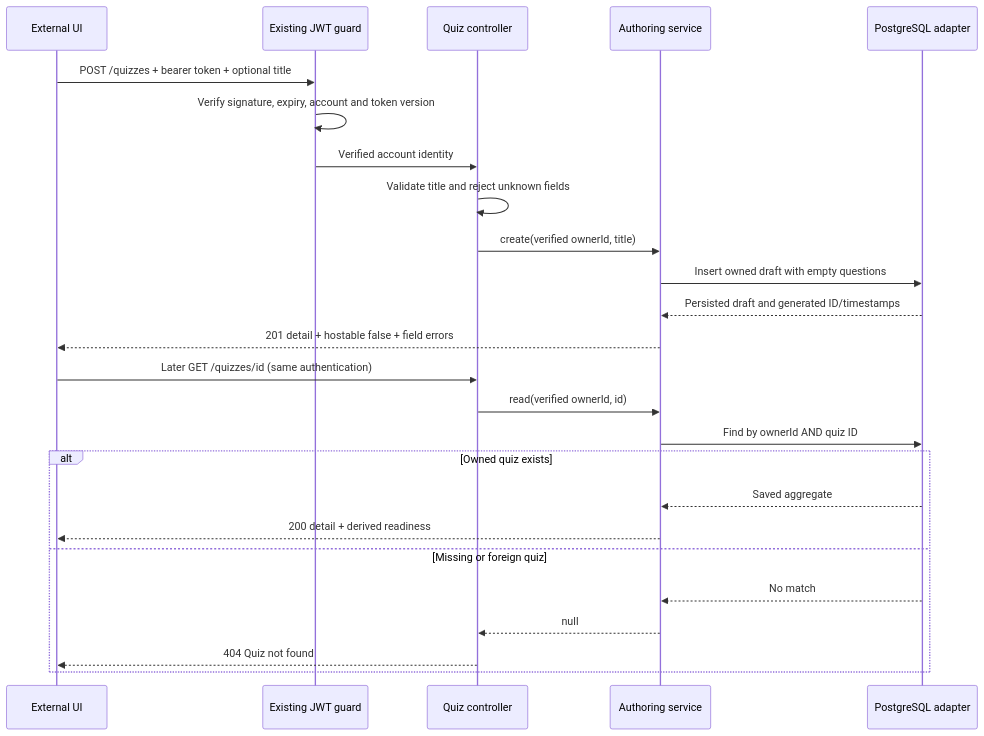
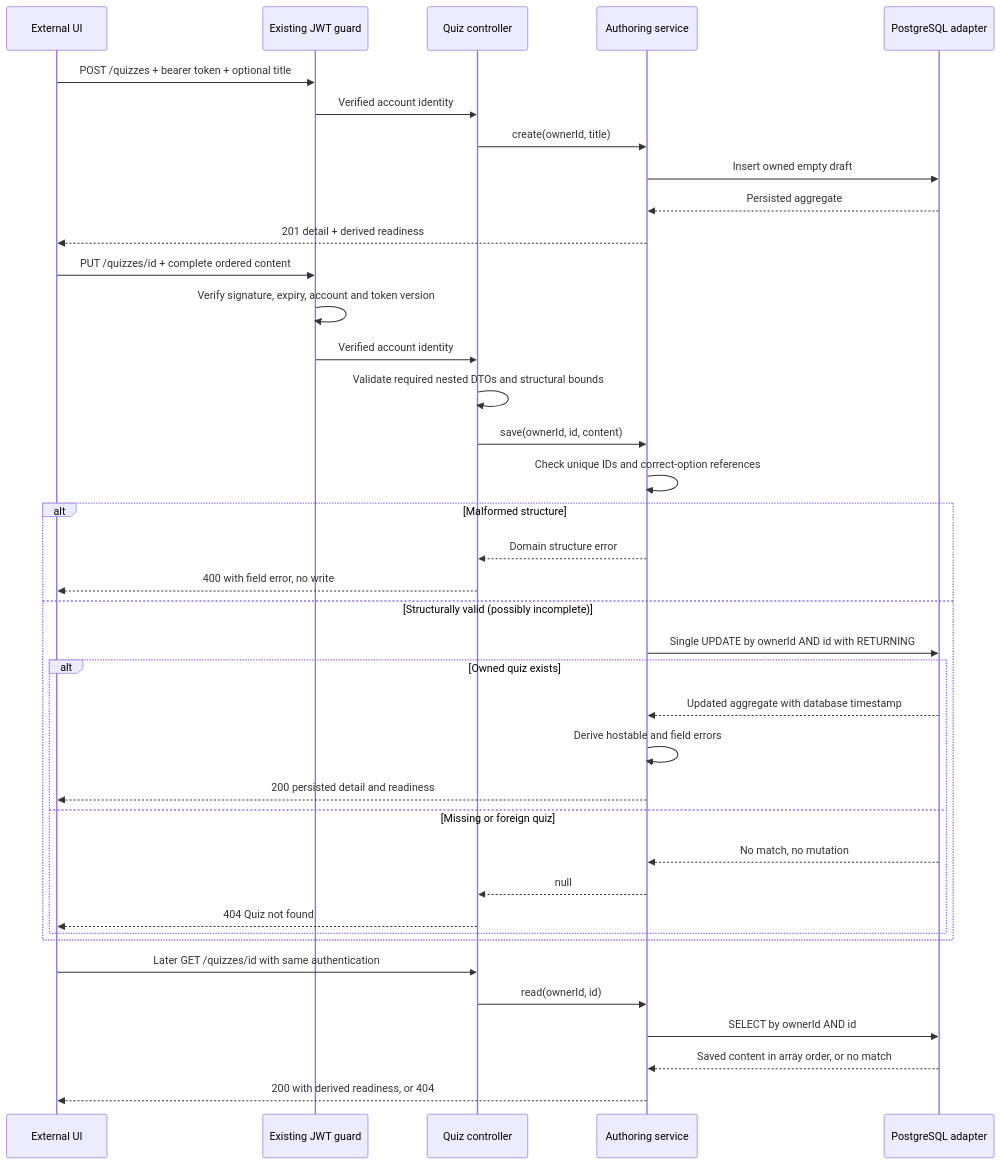
Before and after one commit to CusmaLinux/robinhoot: the second of 3 diagrams in docs/architecture/quiz-drafts.md, drawn with Mermaid. The commit also changed other lines of this file and 16 other files, not shown here.

````diff
--- a/docs/architecture/quiz-drafts.md
+++ b/docs/architecture/quiz-drafts.md
@@ -19,27 +21,40 @@
 ```mermaid
 sequenceDiagram
     participant UI as External UI
     participant Auth as Existing JWT guard
     participant HTTP as Quiz controller
     participant App as Authoring service
     participant DB as PostgreSQL adapter
     UI->>Auth: POST /quizzes + bearer token + optional title
+    Auth->>HTTP: Verified account identity
+    HTTP->>App: create(ownerId, title)
+    App->>DB: Insert owned empty draft
+    DB-->>App: Persisted aggregate
+    App-->>UI: 201 detail + derived readiness
+    UI->>Auth: PUT /quizzes/id + complete ordered content
     Auth->>Auth: Verify signature, expiry, account and token version
     Auth->>HTTP: Verified account identity
-    HTTP->>HTTP: Validate title and reject unknown fields
-    HTTP->>App: create(verified ownerId, title)
-    App->>DB: Insert owned draft with empty questions
-    DB-->>App: Persisted draft and generated ID/timestamps
-    App-->>UI: 201 detail + hostable false + field errors
-    UI->>HTTP: Later GET /quizzes/id (same authentication)
-    HTTP->>App: read(verified ownerId, id)
-    App->>DB: Find by ownerId AND quiz ID
-    alt Owned quiz exists
-      DB-->>App: Saved aggregate
-      App-->>UI: 200 detail + derived readiness
-    else Missing or foreign quiz
-      DB-->>App: No match
-      App-->>HTTP: null
-      HTTP-->>UI: 404 Quiz not found
+    HTTP->>HTTP: Validate required nested DTOs and structural bounds
+    HTTP->>App: save(ownerId, id, content)
+    App->>App: Check unique IDs and correct-option references
+    alt Malformed structure
+      App-->>HTTP: Domain structure error
+      HTTP-->>UI: 400 with field error, no write
+    else Structurally valid (possibly incomplete)
+      App->>DB: Single UPDATE by ownerId AND id with RETURNING
+      alt Owned quiz exists
+        DB-->>App: Updated aggregate with database timestamp
+        App->>App: Derive hostable and field errors
+        App-->>UI: 200 persisted detail and readiness
+      else Missing or foreign quiz
+        DB-->>App: No match, no mutation
+        App-->>HTTP: null
+        HTTP-->>UI: 404 Quiz not found
+      end
     end
+    UI->>HTTP: Later GET /quizzes/id with same authentication
+    HTTP->>App: read(ownerId, id)
+    App->>DB: SELECT by ownerId AND id
+    DB-->>App: Saved content in array order, or no match
+    App-->>UI: 200 with derived readiness, or 404
 ```
````
